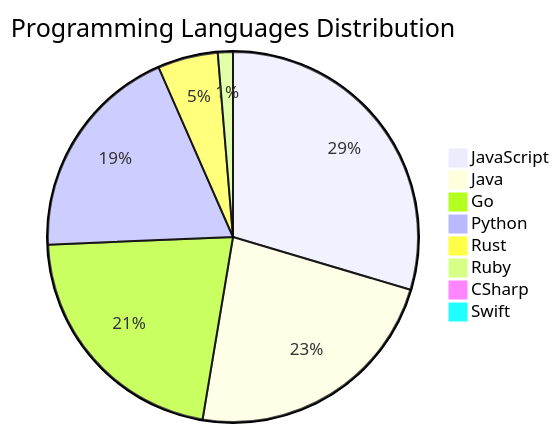
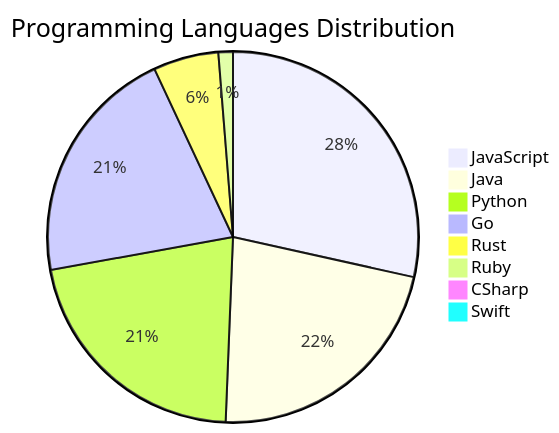
Before and after one commit to Derrick-MUGISHA/github-activity-bot: the diagram in README.md, drawn with Mermaid. The commit also changed other lines of this file and 4 other files, not shown here.

````diff
--- a/README.md
+++ b/README.md
@@ -209,11 +209,11 @@
 ```mermaid
 pie title Programming Languages Distribution
     "JavaScript" : 45
     "Java" : 35
+    "Python" : 34
     "Go" : 33
-    "Python" : 29
-    "Rust" : 8
+    "Rust" : 9
     "Ruby" : 2
     "CSharp" : 1
     "Swift" : 1
 ```
````
